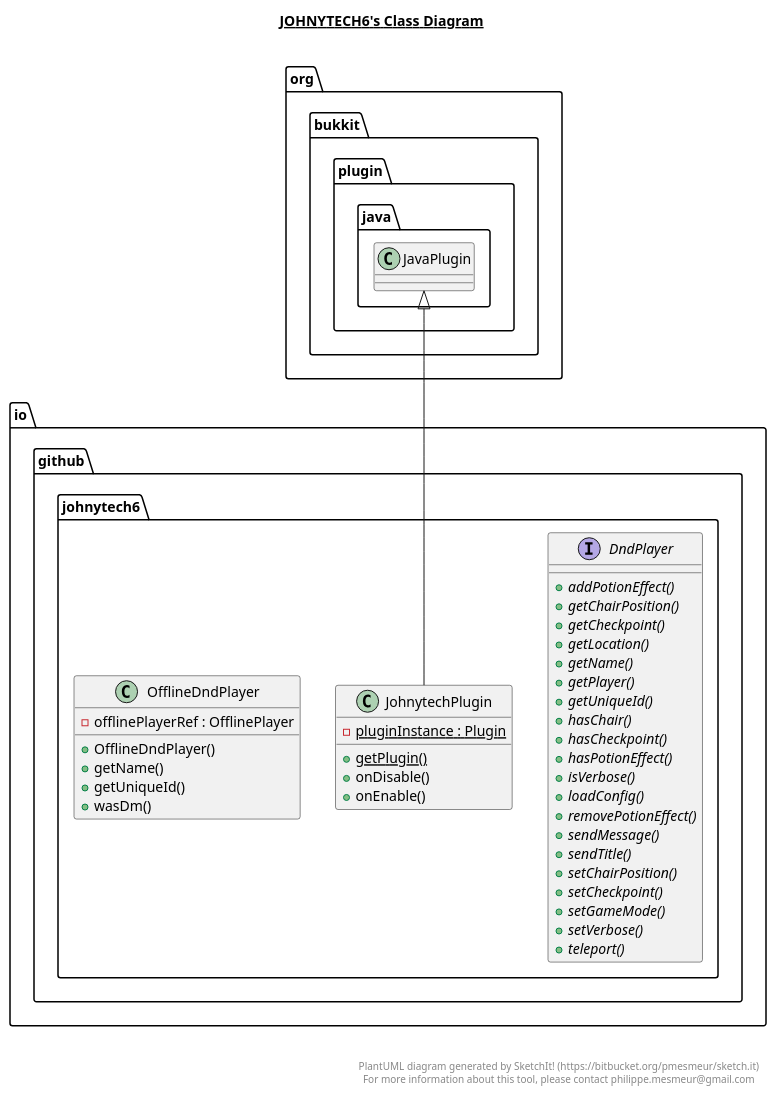
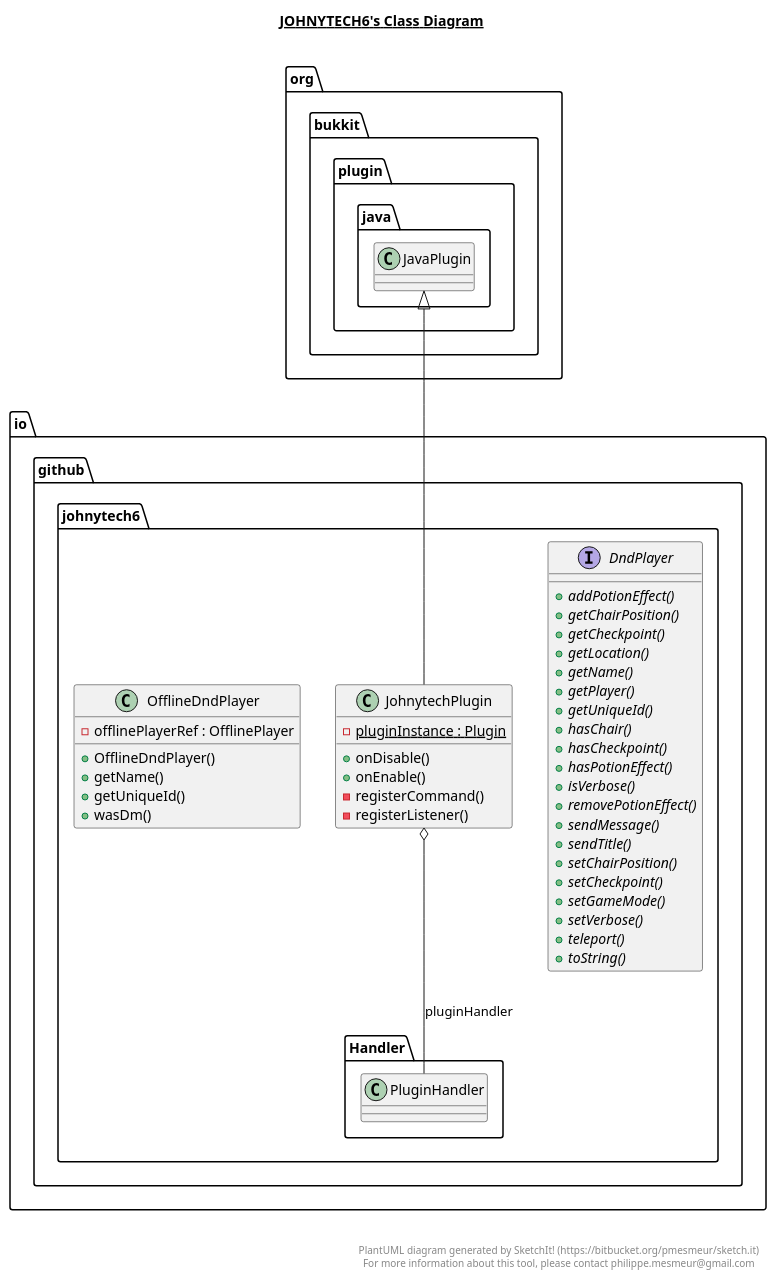
Before and after one commit to Jean-Lamarre/Johnytech6s_Plugin: the diagram in src/main/java/io/github/johnytech6/johnytech6.plantuml, drawn with PlantUML. The commit also changed 42 other files, not shown here.

```diff
--- a/src/main/java/io/github/johnytech6/johnytech6.plantuml
+++ b/src/main/java/io/github/johnytech6/johnytech6.plantuml
@@ -1,62 +1,64 @@
 @startuml
 
 title __JOHNYTECH6's Class Diagram__\n
 
   namespace io.github.johnytech6 {
     interface io.github.johnytech6.DndPlayer {
         {abstract} + addPotionEffect()
         {abstract} + getChairPosition()
         {abstract} + getCheckpoint()
         {abstract} + getLocation()
         {abstract} + getName()
         {abstract} + getPlayer()
         {abstract} + getUniqueId()
         {abstract} + hasChair()
         {abstract} + hasCheckpoint()
         {abstract} + hasPotionEffect()
         {abstract} + isVerbose()
-        {abstract} + loadConfig()
         {abstract} + removePotionEffect()
         {abstract} + sendMessage()
         {abstract} + sendTitle()
         {abstract} + setChairPosition()
         {abstract} + setCheckpoint()
         {abstract} + setGameMode()
         {abstract} + setVerbose()
         {abstract} + teleport()
+        {abstract} + toString()
     }
   }
   
 
   namespace io.github.johnytech6 {
     class io.github.johnytech6.JohnytechPlugin {
         {static} - pluginInstance : Plugin
-        {static} + getPlugin()
         + onDisable()
         + onEnable()
+        - registerCommand()
+        - registerListener()
     }
   }
   
 
   namespace io.github.johnytech6 {
     class io.github.johnytech6.OfflineDndPlayer {
         - offlinePlayerRef : OfflinePlayer
         + OfflineDndPlayer()
         + getName()
         + getUniqueId()
         + wasDm()
     }
   }
   
 
   io.github.johnytech6.JohnytechPlugin -up-|> org.bukkit.plugin.java.JavaPlugin
+  io.github.johnytech6.JohnytechPlugin o-- io.github.johnytech6.Handler.PluginHandler : pluginHandler
 
 
 right footer
 
 
 PlantUML diagram generated by SketchIt! (https://bitbucket.org/pmesmeur/sketch.it)
 For more information about this tool, please contact philippe.mesmeur@gmail.com
 endfooter
 
 @enduml
```
